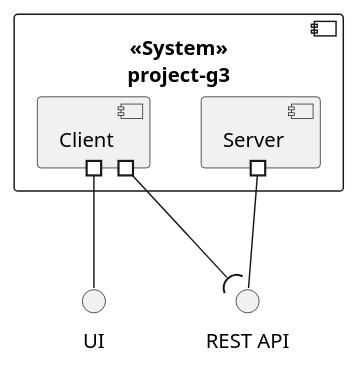
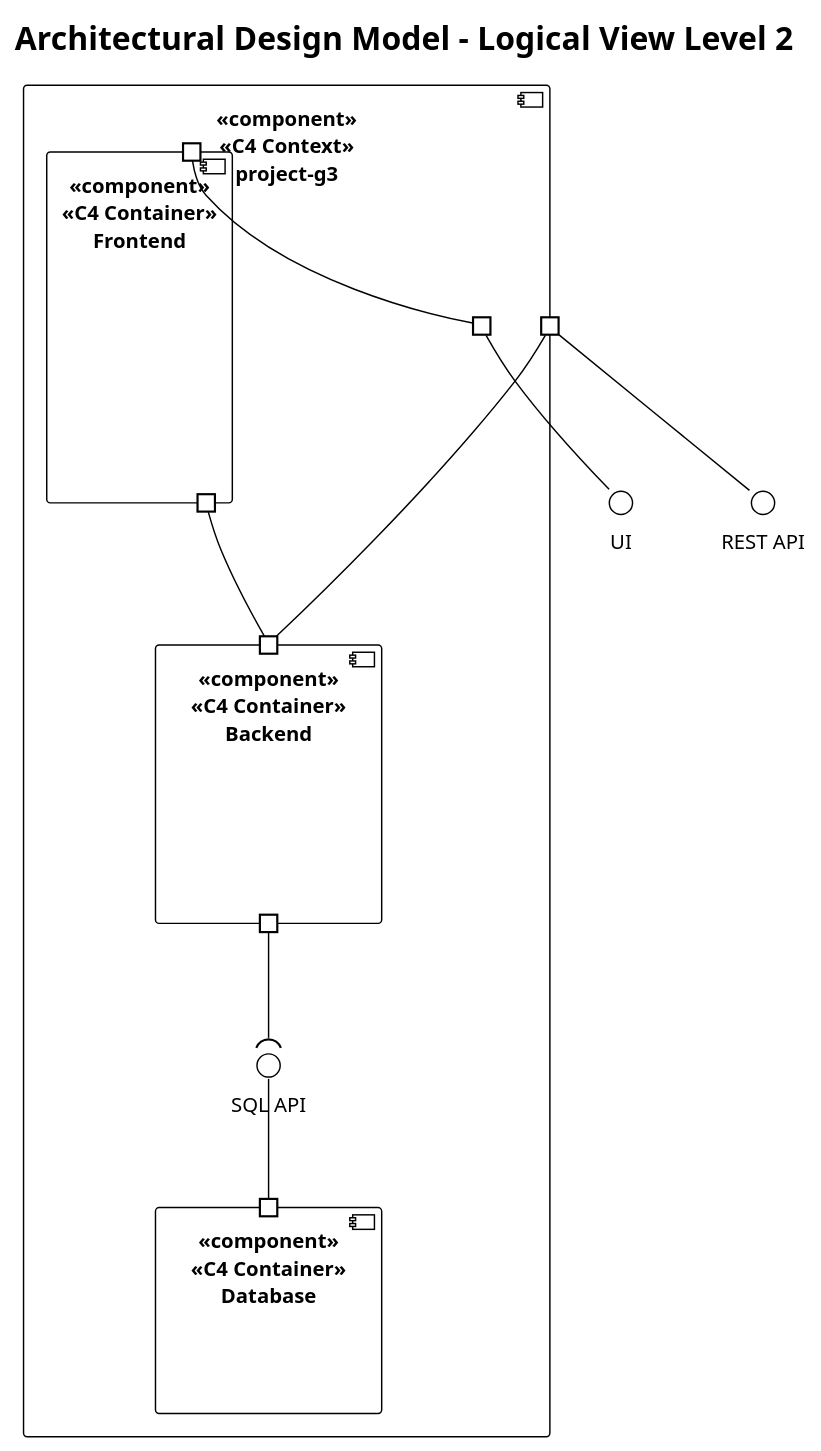
The diagram in docs/modelling_design/system_architecture/LogicalView_Level2.puml (ivo-menezes/project_g3), drawn with PlantUML before and after one commit. The commit also changed 6 other files, not shown here.

Commit message:
T731: Design: update architectural design diagrams (addresses #186)

```diff
--- a/docs/modelling_design/system_architecture/LogicalView_Level2.puml
+++ b/docs/modelling_design/system_architecture/LogicalView_Level2.puml
@@ -1,20 +1,48 @@
 @startuml
-'https://plantuml.com/component-diagram
+!theme plain
 
-"<<System>>\nproject-g3" as system
+
+title "Architectural Design Model - Logical View Level 2"
+
+"<<component>>\n<<C4 Context>>\nproject-g3" as system
 () "UI" as ui
 () "REST API" as api
 
 component system {
 
-    [Client] as client
-    [Server] as server
+    component "<<component>>\n<<C4 Container>>\nFrontend" {
+        portout " " as p1
+        port " " as p2
+    }
 
-    server #-- api
+    component "<<component>>\n<<C4 Container>>\nBackend" {
+        port " " as p3
+        portout " " as dbport
+    }
 
-    client #-- ui
-    client #--( api
+    ' client uses server API
+    p1 -- p3
+
+    portout " " as p4
+    portout " " as p5
+
+    ' client presents UI
+    p2 -- p4
+    p4 -- ui
+
+    ' server presents API
+    p3 -- p5
+    p5 -- api
+
+    component "<<component>>\n<<C4 Container>>\nDatabase" {
+        port " " as p6
+    }
+
+    () "SQL API" as dbAPI
+
+    dbAPI -- p6
+    dbport --( dbAPI
 
 }
 
 @enduml
```
